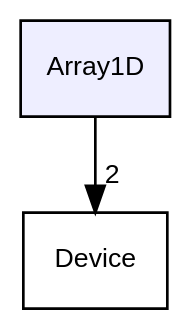
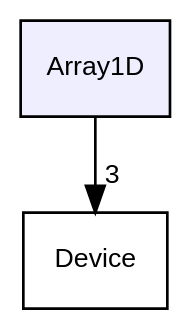
The diagram in docs/PySYCL_doxygen_html/dir_12bf208e2031f091e0c200c7a7cb822f_dep.dot (OsmanAEG/PySYCL), drawn with Graphviz before and after one commit. The commit also changed 169 other files, not shown here.

```diff
--- a/docs/PySYCL_doxygen_html/dir_12bf208e2031f091e0c200c7a7cb822f_dep.dot
+++ b/docs/PySYCL_doxygen_html/dir_12bf208e2031f091e0c200c7a7cb822f_dep.dot
@@ -1,9 +1,9 @@
 digraph "Array1D" {
   bgcolor=transparent;
   compound=true
   node [ fontsize="10", fontname="Helvetica"];
   edge [ labelfontsize="10", labelfontname="Helvetica"];
   dir_12bf208e2031f091e0c200c7a7cb822f [shape=box, label="Array1D", style="filled", fillcolor="#eeeeff", pencolor="black", URL="dir_12bf208e2031f091e0c200c7a7cb822f.html"];
   dir_737e998198a830156af4433d00da986d [shape=box label="Device" URL="dir_737e998198a830156af4433d00da986d.html"];
-  dir_12bf208e2031f091e0c200c7a7cb822f->dir_737e998198a830156af4433d00da986d [headlabel="2", labeldistance=1.5 headhref="dir_000001_000003.html"];
+  dir_12bf208e2031f091e0c200c7a7cb822f->dir_737e998198a830156af4433d00da986d [headlabel="3", labeldistance=1.5 headhref="dir_000001_000003.html"];
 }
```
